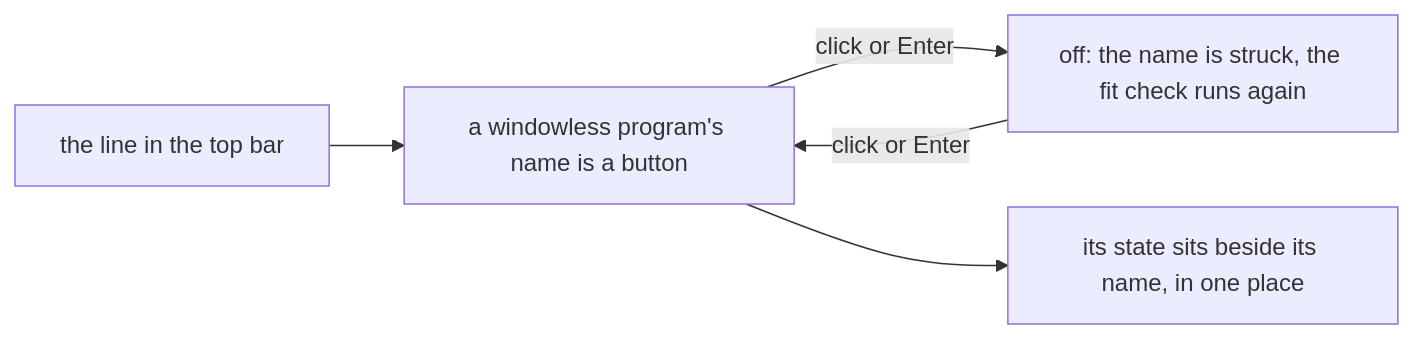
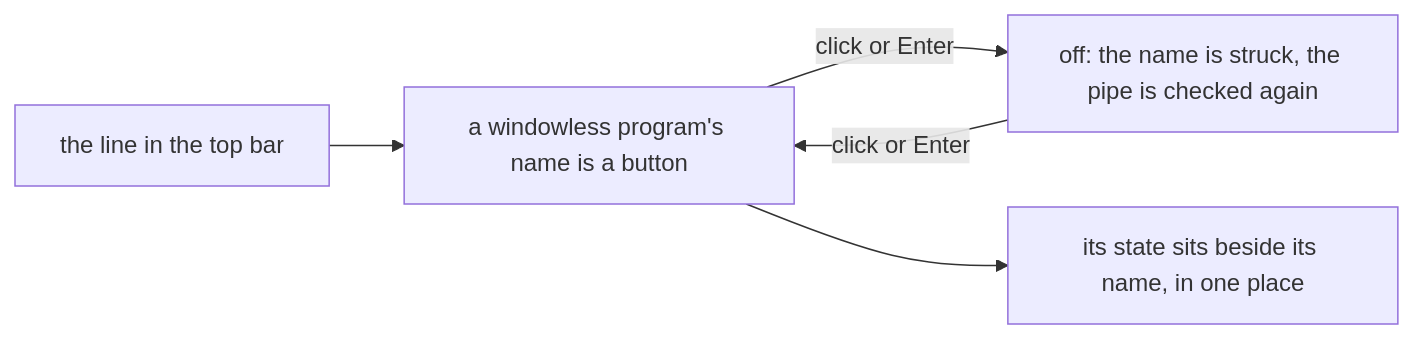
The diagram in .decisions/0552-a-windowless-program-shows-on-the-line.md (kamp-us/tea-fabrika), drawn with Mermaid before and after one commit. The commit also changed other lines of this file, not shown here.

First line of the commit message:
decision 0552 uses decision 0550's own words for the pipe check

````diff
--- a/.decisions/0552-a-windowless-program-shows-on-the-line.md
+++ b/.decisions/0552-a-windowless-program-shows-on-the-line.md
@@ -11,7 +11,7 @@
 ```mermaid
 flowchart LR
   line["the line in the top bar"] --> name["a windowless program's name is a button"]
-  name -->|"click or Enter"| off["off: the name is struck, the fit check runs again"]
+  name -->|"click or Enter"| off["off: the name is struck, the pipe is checked again"]
   off -->|"click or Enter"| name
   name --> state["its state sits beside its name, in one place"]
 ```
````
